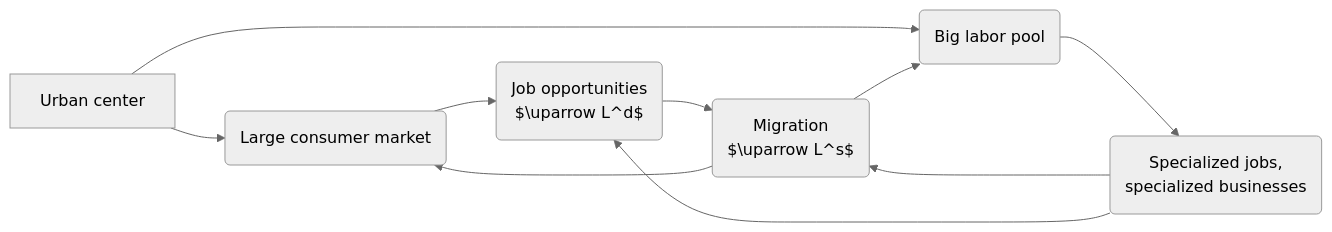
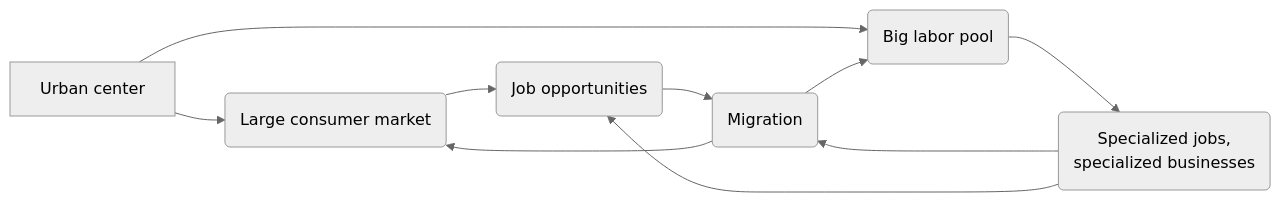
One commit to baarthur/urban_econ changed the first of 2 diagrams in urban_econ.qmd. Above: the diagram before and after it, drawn with Mermaid (neutral theme). The commit also changed other lines of this file and 26 other files, not shown here.

````diff
--- a/urban_econ.qmd
+++ b/urban_econ.qmd
@@ -117,18 +117,18 @@
 ```{mermaid}
 %%| mermaid-format: svg
 %%| fig-height: 2in
 
 flowchart LR
 
 A[Urban center] --> B(Large consumer market)
-B --> C(Job opportunities \n $\uparrow L^d$)
-C --> D(Migration \n $\uparrow L^s$)
+B --> C(Job opportunities)
+C --> D(Migration)
 
 A --> E(Big labor pool)
 D --> E
 D --> B
 
 E --> F(Specialized jobs, \n specialized businesses)
 F --> D
 F --> C
 ```
````
